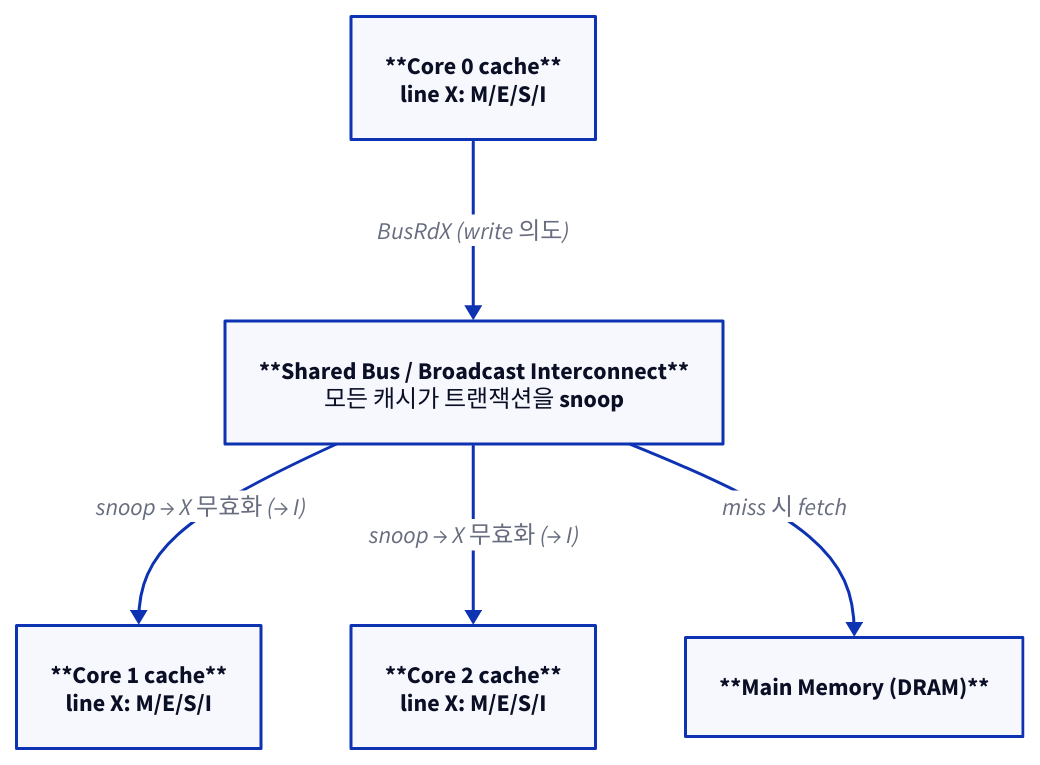
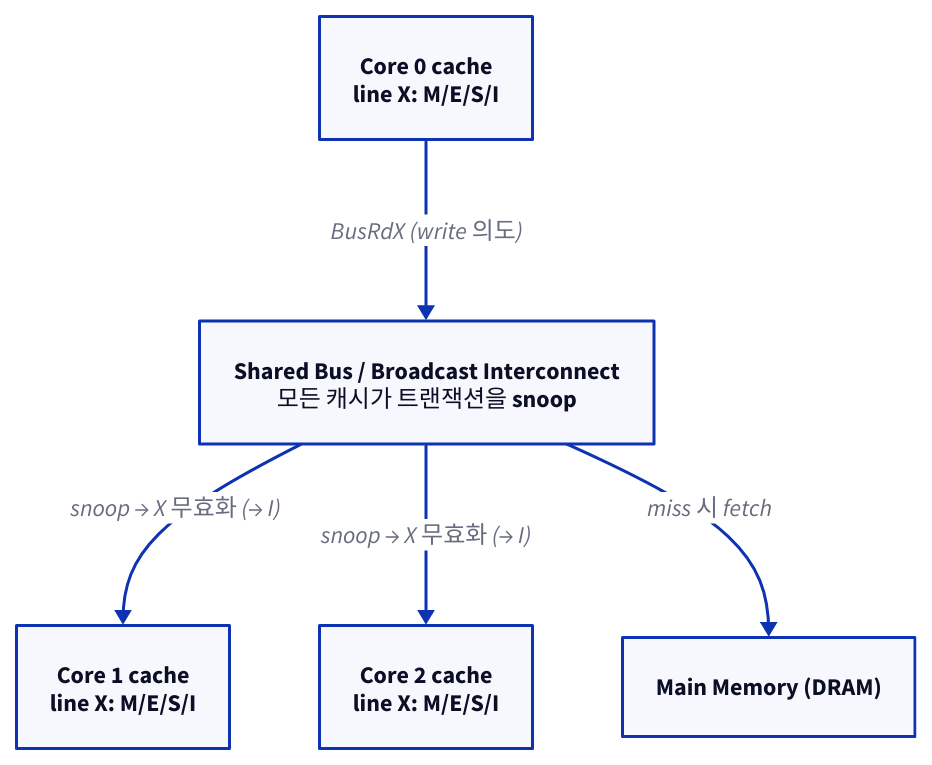
One commit to humbleowl39/DV_SKOOL changed the first of 3 diagrams in starlight_site/src/content/docs/cache_coherence/02_snooping_mesi_moesi.md. Above: the diagram before and after it, drawn with D2. The commit also changed other lines of this file and 714 other files, not shown here.

First line of the commit message:
fix(site): d2 다이어그램 가독성 결함 6종 일괄 수정

````diff
--- a/starlight_site/src/content/docs/cache_coherence/02_snooping_mesi_moesi.md
+++ b/starlight_site/src/content/docs/cache_coherence/02_snooping_mesi_moesi.md
@@ -40,14 +40,14 @@
 ```d2
 direction: down
 
-BUS: "**Shared Bus / Broadcast Interconnect**\n모든 캐시가 트랜잭션을 snoop"
-C0: "**Core 0 cache**\nline X: M/E/S/I"
-C1: "**Core 1 cache**\nline X: M/E/S/I"
-C2: "**Core 2 cache**\nline X: M/E/S/I"
-MEM: "**Main Memory (DRAM)**"
+BUS: "Shared Bus / Broadcast Interconnect\n모든 캐시가 트랜잭션을 snoop"
+C0: "Core 0 cache\nline X: M/E/S/I"
+C1: "Core 1 cache\nline X: M/E/S/I"
+C2: "Core 2 cache\nline X: M/E/S/I"
+MEM: "Main Memory (DRAM)"
 
 C0 -> BUS: "BusRdX (write 의도)"
 BUS -> C1: "snoop → X 무효화 (→ I)"
 BUS -> C2: "snoop → X 무효화 (→ I)"
 BUS -> MEM: "miss 시 fetch"
 ```
````
